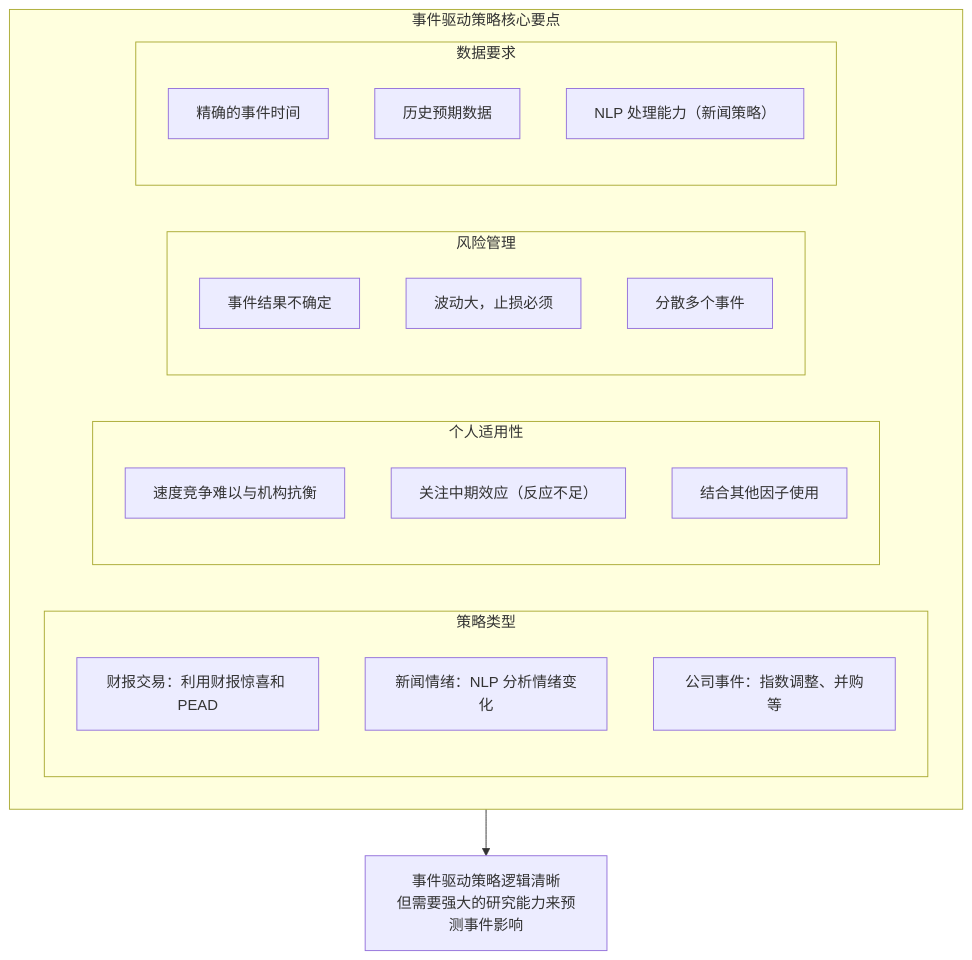
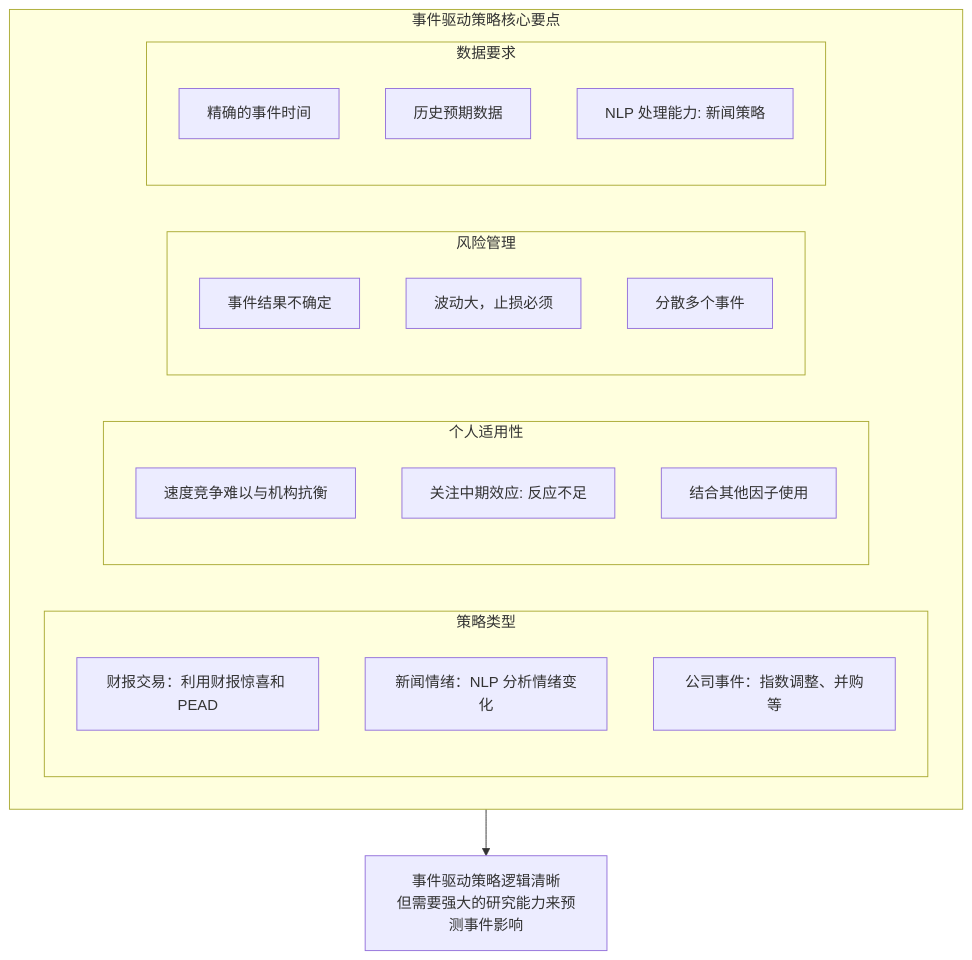
Before and after one commit to jpixy/jpixy.github.io: the second of 2 diagrams in content/articles/quant/quant-17-事件驱动策略.md, drawn with Mermaid. The commit also changed 66 other files, not shown here.

Commit message:
fix: resolve Mermaid syntax errors by removing parentheses in node labels

````diff
--- a/content/articles/quant/quant-17-事件驱动策略.md
+++ b/content/articles/quant/quant-17-事件驱动策略.md
@@ -435,26 +435,26 @@
 ```mermaid
 graph TB
     subgraph 事件驱动策略核心要点
         subgraph 策略类型
             A1["财报交易：利用财报惊喜和 PEAD"]
             A2["新闻情绪：NLP 分析情绪变化"]
             A3["公司事件：指数调整、并购等"]
         end
         subgraph 个人适用性
             B1["速度竞争难以与机构抗衡"]
-            B2["关注中期效应（反应不足）"]
+            B2["关注中期效应: 反应不足"]
             B3["结合其他因子使用"]
         end
         subgraph 风险管理
             C1["事件结果不确定"]
             C2["波动大，止损必须"]
             C3["分散多个事件"]
         end
         subgraph 数据要求
             D1["精确的事件时间"]
             D2["历史预期数据"]
-            D3["NLP 处理能力（新闻策略）"]
+            D3["NLP 处理能力: 新闻策略"]
         end
     end
     事件驱动策略核心要点 --> 结论["事件驱动策略逻辑清晰<br/>但需要强大的研究能力来预测事件影响"]
 ```
````
